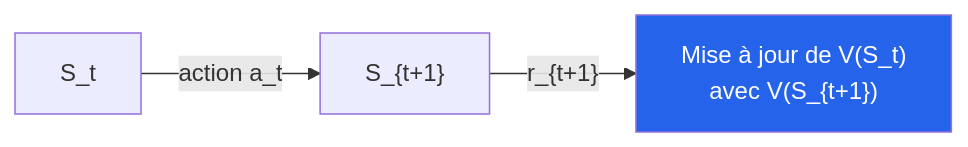
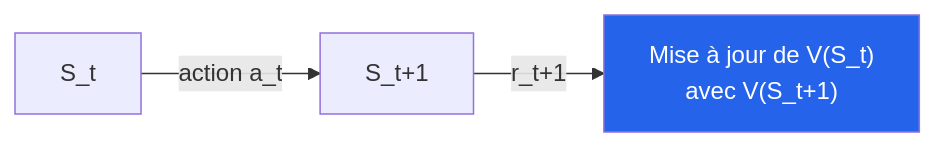
One commit to inskillflow/apprentissage-par-renforcement-fr changed the third of 11 diagrams in 17-Chapitre17-TD-Learning-Complet.md. Above: the diagram before and after it, drawn with Mermaid. The commit also changed other lines of this file, not shown here.

````diff
--- a/17-Chapitre17-TD-Learning-Complet.md
+++ b/17-Chapitre17-TD-Learning-Complet.md
@@ -355,6 +408,6 @@
 ```mermaid
 flowchart LR
-    S["S_t"] -->|"action a_t"| S1["S_{t+1}"]
-    S1 -->|"r_{t+1}"| UP["Mise à jour de V(S_t)<br/>avec V(S_{t+1})"]
+    S["S_t"] -->|"action a_t"| S1["S_t+1"]
+    S1 -->|"r_t+1"| UP["Mise à jour de V(S_t)<br/>avec V(S_t+1)"]
     style UP fill:#2563eb,color:#fff
 ```
````
